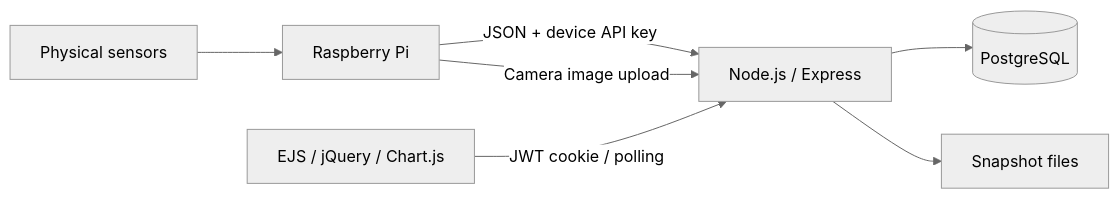
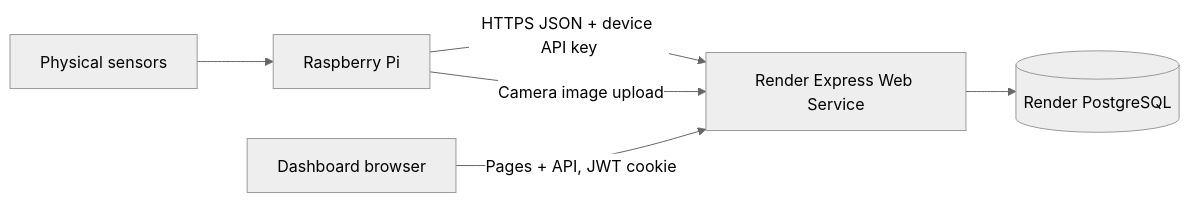
Before and after one commit to andreaAston/internet-and-web-services-iot-dashboard: the diagram in README.md, drawn with Mermaid (neutral theme). The commit also changed other lines of this file and 1 other file, not shown here.

````diff
--- a/README.md
+++ b/README.md
@@ -5,9 +5,8 @@
 ```mermaid
 flowchart LR
   Sensors[Physical sensors] --> Pi[Raspberry Pi]
-  Pi -->|JSON + device API key| API[Node.js / Express]
+  Pi -->|HTTPS JSON + device API key| API[Render Express Web Service]
   Pi -->|Camera image upload| API
-  API --> DB[(PostgreSQL)]
-  API --> Files[Snapshot files]
-  Browser[EJS / jQuery / Chart.js] -->|JWT cookie / polling| API
+  Browser[Dashboard browser] -->|Pages + API, JWT cookie| API
+  API --> DB[(Render PostgreSQL)]
 ```
````
